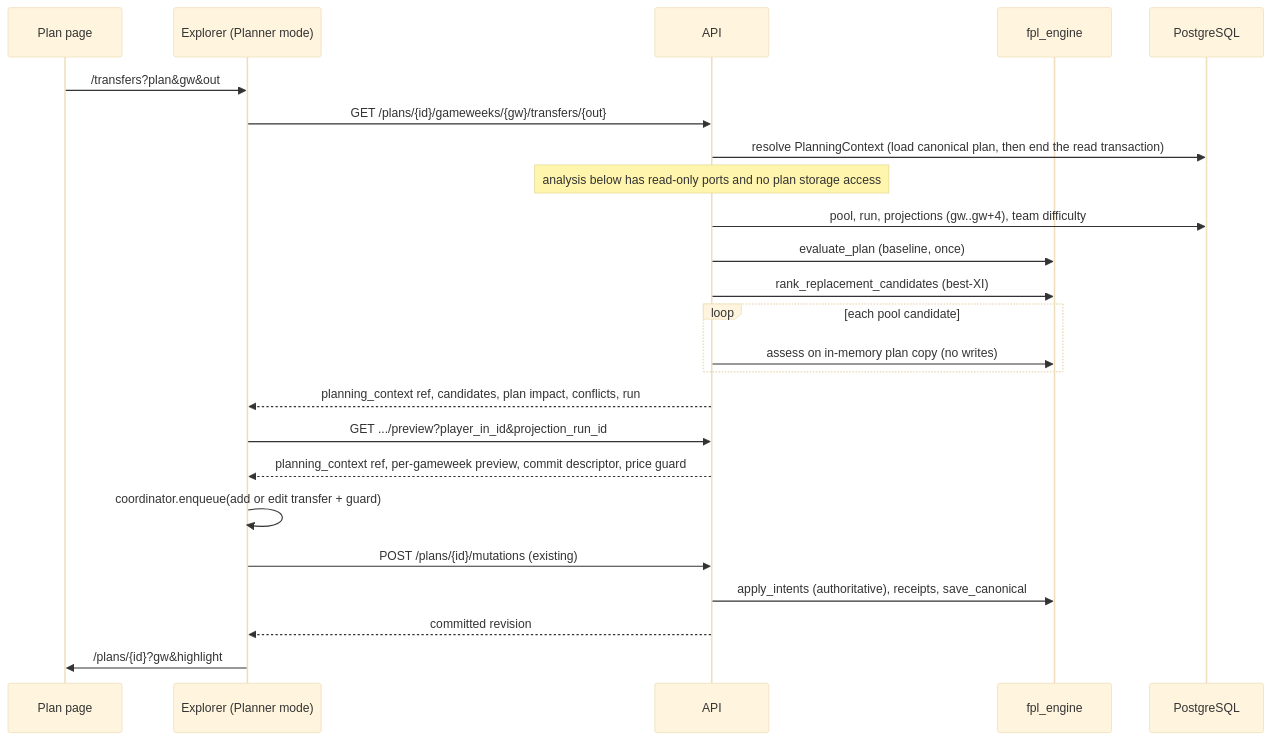
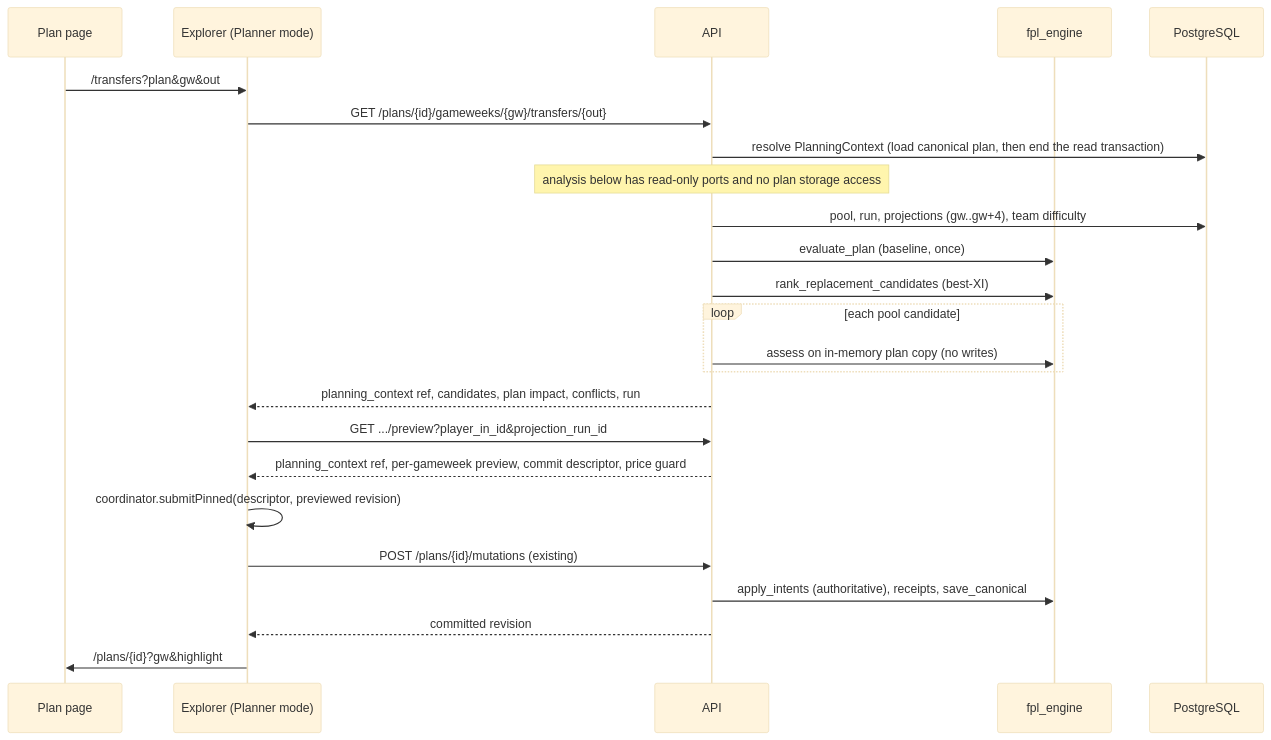
The diagram in specs/003-planner-transfer-workflow/plan.md (Angus-Woodman/fpl-tool), drawn with Mermaid (base theme) before and after one commit. The commit also changed other lines of this file and 11 other files, not shown here.

Commit message:
docs: define Phase 003 implementation tasks and pinned transfer workflow

````diff
--- a/specs/003-planner-transfer-workflow/plan.md
+++ b/specs/003-planner-transfer-workflow/plan.md
@@ -76,26 +76,26 @@
 ```mermaid
 sequenceDiagram
   participant P as Plan page
   participant X as Explorer (Planner mode)
   participant A as API
   participant E as fpl_engine
   participant DB as PostgreSQL
   P->>X: /transfers?plan&gw&out
   X->>A: GET /plans/{id}/gameweeks/{gw}/transfers/{out}
   A->>DB: resolve PlanningContext (load canonical plan, then end the read transaction)
   Note over A: analysis below has read-only ports and no plan storage access
   A->>DB: pool, run, projections (gw..gw+4), team difficulty
   A->>E: evaluate_plan (baseline, once)
   A->>E: rank_replacement_candidates (best-XI)
   loop each pool candidate
     A->>E: assess on in-memory plan copy (no writes)
   end
   A-->>X: planning_context ref, candidates, plan impact, conflicts, run
   X->>A: GET .../preview?player_in_id&projection_run_id
   A-->>X: planning_context ref, per-gameweek preview, commit descriptor, price guard
-  X->>X: coordinator.enqueue(add or edit transfer + guard)
+  X->>X: coordinator.submitPinned(descriptor, previewed revision)
   X->>A: POST /plans/{id}/mutations (existing)
   A->>E: apply_intents (authoritative), receipts, save_canonical
   A-->>X: committed revision
   X->>P: /plans/{id}?gw&highlight
 ```
````
